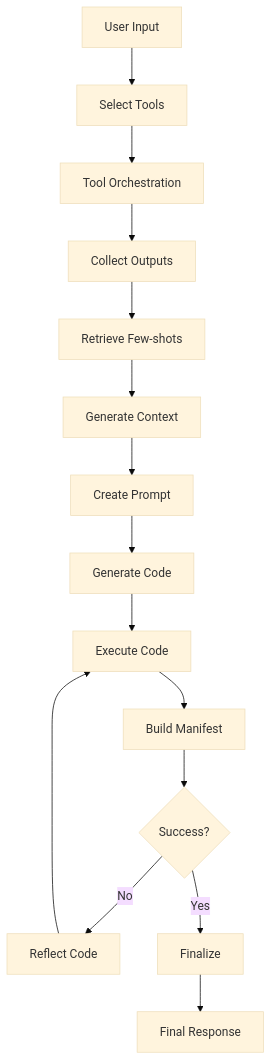
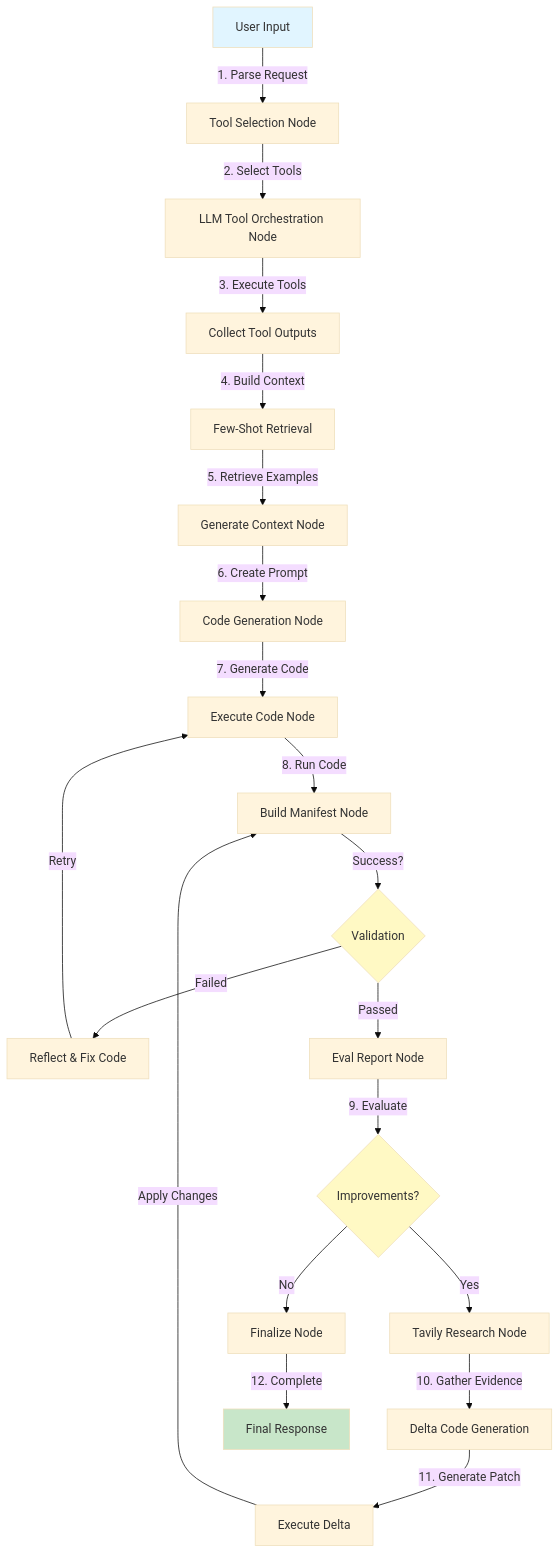
Before and after one commit to aaryan0bb/data_analytics_agent_finance: the diagram in README.md, drawn with Mermaid (base theme). The commit also changed other lines of this file and 4 other files, not shown here.

````diff
--- a/README.md
+++ b/README.md
@@ -175,17 +26,27 @@
 ```mermaid
-graph TD
-    A[User Input] --> B[Select Tools]
-    B --> C[Tool Orchestration]
-    C --> D[Collect Outputs]
-    D --> E[Retrieve Few-shots]
-    E --> F[Generate Context]
-    F --> G[Create Prompt]
-    G --> H[Generate Code]
-    H --> I[Execute Code]
-    I --> J[Build Manifest]
-    J --> K{Success?}
-    K -->|No| L[Reflect Code]
-    L --> I
-    K -->|Yes| M[Finalize]
-    M --> N[Final Response]
+graph TB
+    A[User Input] -->|1. Parse Request| B[Tool Selection Node]
+    B -->|2. Select Tools| C[LLM Tool Orchestration Node]
+    C -->|3. Execute Tools| D[Collect Tool Outputs]
+    D -->|4. Build Context| E[Few-Shot Retrieval]
+    E -->|5. Retrieve Examples| F[Generate Context Node]
+    F -->|6. Create Prompt| G[Code Generation Node]
+    G -->|7. Generate Code| H[Execute Code Node]
+    H -->|8. Run Code| I[Build Manifest Node]
+    I -->|Success?| J{Validation}
+    J -->|Failed| K[Reflect & Fix Code]
+    K -->|Retry| H
+    J -->|Passed| L[Eval Report Node]
+    L -->|9. Evaluate| M{Improvements?}
+    M -->|Yes| N[Tavily Research Node]
+    N -->|10. Gather Evidence| O[Delta Code Generation]
+    O -->|11. Generate Patch| P[Execute Delta]
+    P -->|Apply Changes| I
+    M -->|No| Q[Finalize Node]
+    Q -->|12. Complete| R[Final Response]
+
+    style A fill:#e1f5ff
+    style R fill:#c8e6c9
+    style J fill:#fff9c4
+    style M fill:#fff9c4
 ```
````
